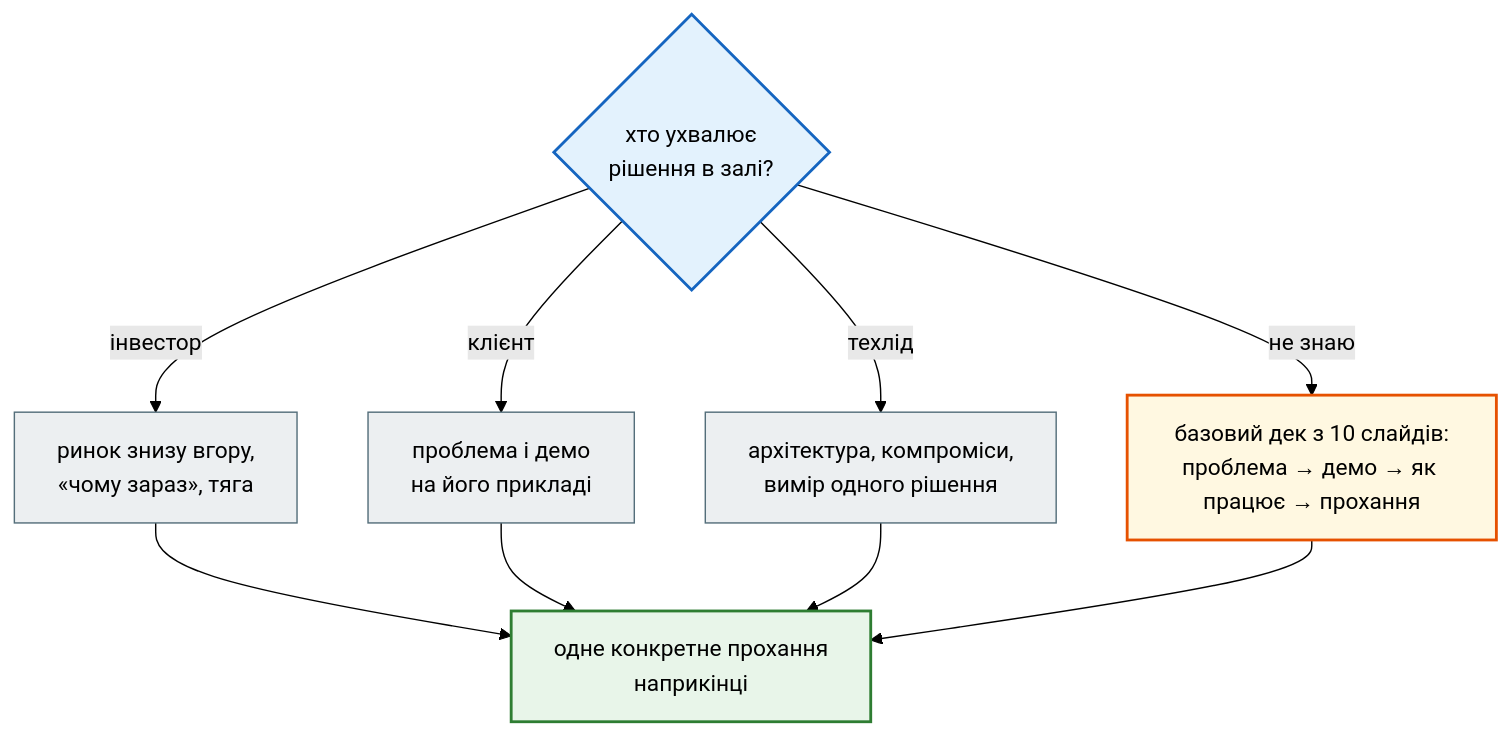
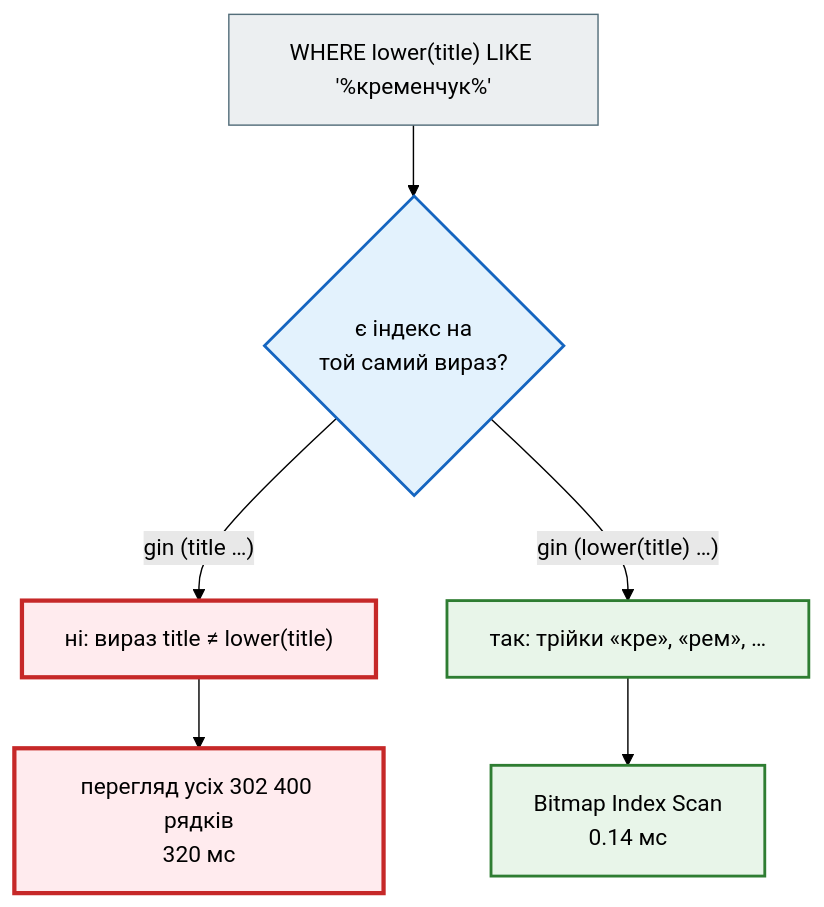
Before and after one commit to AlinaRadchenko/PY-Course-Victor-Nikoriak-22-09-2026: the fourth of 11 diagrams in docs/modules/m6/lesson_52.md, drawn with Mermaid (forest theme). The commit also changed other lines of this file and 1846 other files, not shown here.

````diff
--- a/docs/modules/m6/lesson_52.md
+++ b/docs/modules/m6/lesson_52.md
@@ -52,23 +300,20 @@
 ```mermaid
 flowchart TD
     classDef step     fill:#eceff1,stroke:#546e7a,stroke-width:1px;
     classDef decision fill:#e3f2fd,stroke:#1565c0,stroke-width:2px;
     classDef success  fill:#e8f5e9,stroke:#2e7d32,stroke-width:2px;
     classDef error    fill:#ffebee,stroke:#c62828,stroke-width:3px;
     classDef warning  fill:#fff8e1,stroke:#e65100,stroke-width:2px;
 
-    Q{"хто ухвалює<br>рішення в залі?"}
-    Q -->|"інвестор"| VC["ринок знизу вгору,<br>«чому зараз», тяга"]
-    Q -->|"клієнт"| CL["проблема і демо<br>на його прикладі"]
-    Q -->|"техлід"| TL["архітектура, компроміси,<br>вимір одного рішення"]
-    VC --> ASK["одне конкретне прохання<br>наприкінці"]
-    CL --> ASK
-    TL --> ASK
-    Q -->|"не знаю"| ALL["базовий дек з 10 слайдів:<br>проблема → демо → як працює → прохання"]
-    ALL --> ASK
+    Q["WHERE lower(title) LIKE '%кременчук%'"]
+    Q --> I1{"є індекс на<br>той самий вираз?"}
+    I1 -->|"gin (title …)"| N["ні: вираз title ≠ lower(title)"]
+    N --> S["перегляд усіх 302 400 рядків<br>320 мс"]
+    I1 -->|"gin (lower(title) …)"| Y["так: трійки «кре», «рем», …"]
+    Y --> B["Bitmap Index Scan<br>0.14 мс"]
 
-    class Q decision
-    class VC,CL,TL step
-    class ALL warning
-    class ASK success
+    class Q step
+    class I1 decision
+    class N,S error
+    class Y,B success
 ```
````
